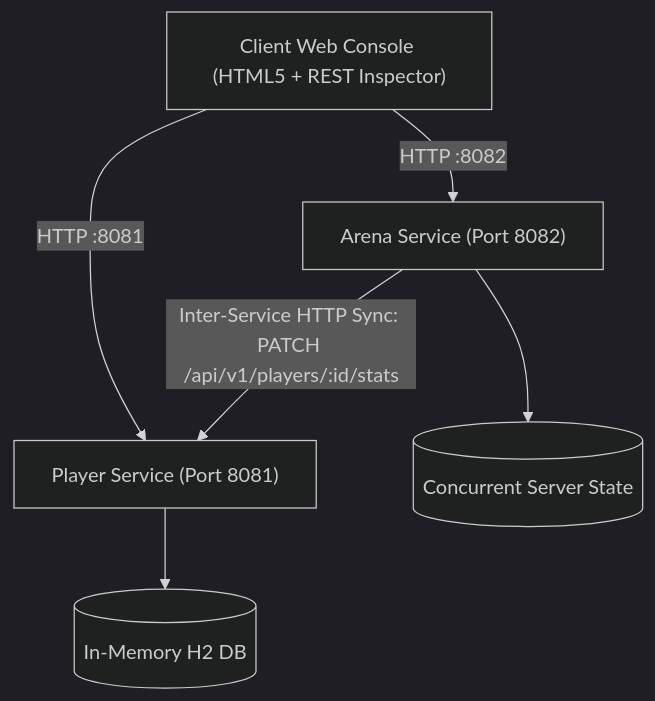
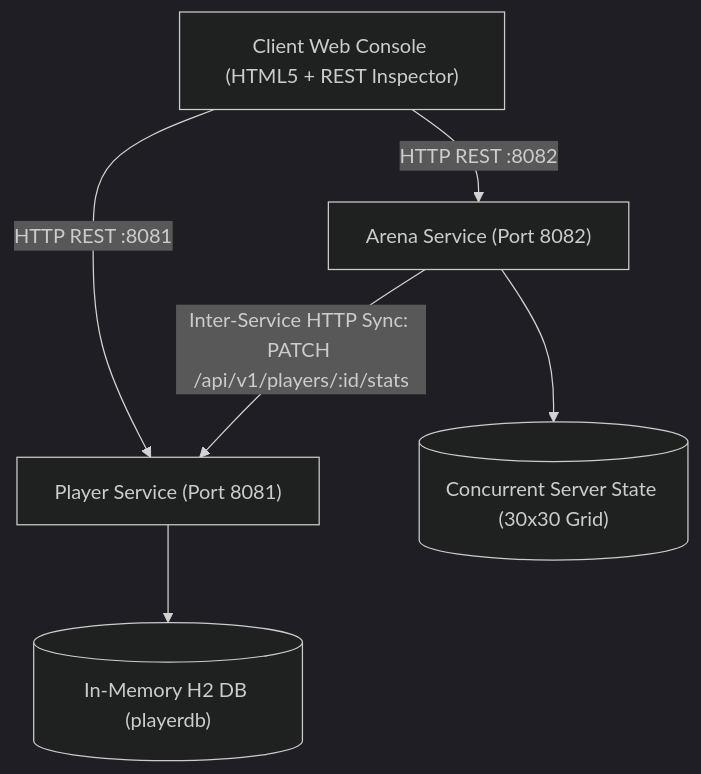
The diagram in README.md (ValentinusMarvel/snake-arena-microservices), drawn with Mermaid (dark theme) before and after one commit. The commit also changed other lines of this file and 2 other files, not shown here.

Commit message:
docs(readme): polish project documentation, fix tick rate and sync adaptive client

````diff
--- a/README.md
+++ b/README.md
@@ -24,8 +46,8 @@
 ```mermaid
 graph TD
-    Client["Client Web Console (HTML5 + REST Inspector)"] -->|"HTTP :8081"| PlayerService["Player Service (Port 8081)"]
-    Client -->|"HTTP :8082"| ArenaService["Arena Service (Port 8082)"]
+    Client["Client Web Console (HTML5 + REST Inspector)"] -->|"HTTP REST :8081"| PlayerService["Player Service (Port 8081)"]
+    Client -->|"HTTP REST :8082"| ArenaService["Arena Service (Port 8082)"]
     ArenaService -->|"Inter-Service HTTP Sync: PATCH /api/v1/players/:id/stats"| PlayerService
-    PlayerService --> H2[("In-Memory H2 DB")]
-    ArenaService --> ArenaMem[("Concurrent Server State")]
+    PlayerService --> H2[("In-Memory H2 DB (playerdb)")]
+    ArenaService --> ArenaMem[("Concurrent Server State (30x30 Grid)")]
 ```
````
